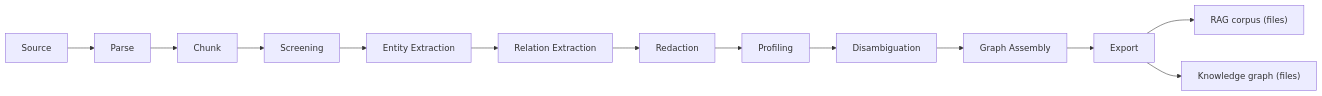
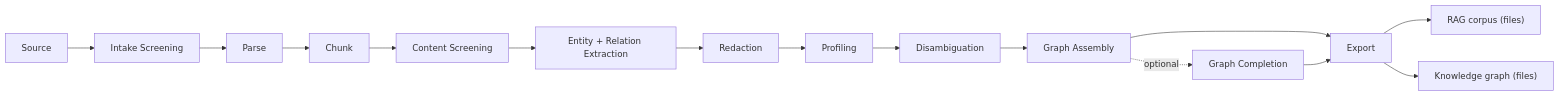
The diagram in docs/index.md (ddickmann/latence), drawn with Mermaid before and after one commit. The commit also changed other lines of this file and 1 other file, not shown here.

````diff
--- a/docs/index.md
+++ b/docs/index.md
@@ -31,13 +31,14 @@
 ```mermaid
 flowchart LR
-    Source --> Parse --> Chunk --> Screening
-    Screening --> Entity["Entity Extraction"]
-    Entity --> Relation["Relation Extraction"]
-    Relation --> Redaction
+    Source --> Intake["Intake Screening"] --> Parse --> Chunk --> Content["Content Screening"]
+    Content --> Extract["Entity + Relation Extraction"]
+    Extract --> Redaction
     Redaction --> Profiling
     Profiling --> Disambiguation
     Disambiguation --> Graph["Graph Assembly"]
+    Graph -. optional .-> Completion["Graph Completion"]
     Graph --> Export
+    Completion --> Export
     Export --> Corpus["RAG corpus (files)"]
     Export --> KG["Knowledge graph (files)"]
 ```
````
